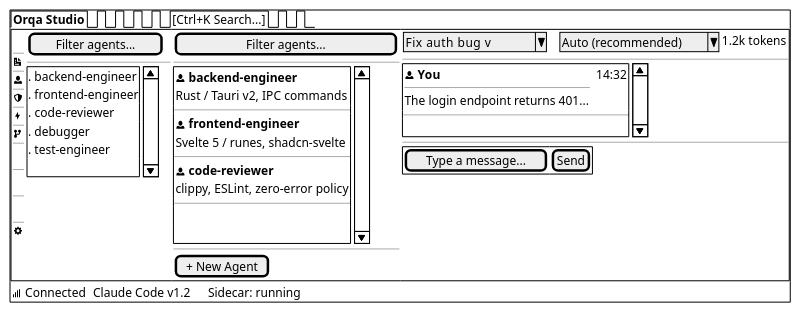
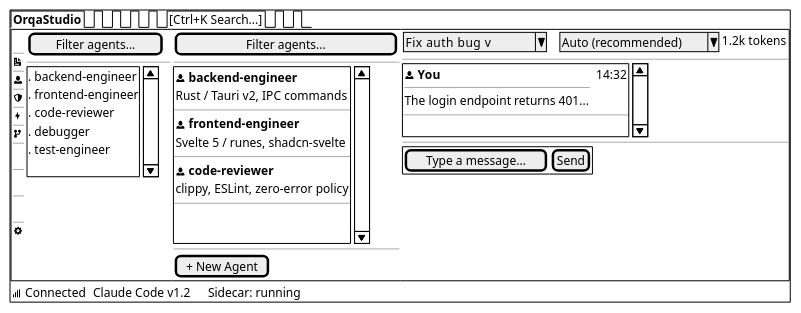
Before and after one commit to orqastudio/app: the third of 4 diagrams in docs/wireframes/core-layout.md, drawn with PlantUML. The commit also changed other lines of this file and 177 other files, not shown here.

````diff
--- a/docs/wireframes/core-layout.md
+++ b/docs/wireframes/core-layout.md
@@ -243,80 +243,80 @@
 ```plantuml
 @startsalt
 {+
-  {/ <b>Orqa Studio</b> | . | . | . | . | [Ctrl+K Search...] | . | . }
+  {/ <b>OrqaStudio</b> | . | . | . | . | [Ctrl+K Search...] | . | . }
   {+
     {
       <&grid>
       ---
       <&document>
       ---
       **<&person>**
       ---
       <&shield>
       ---
       <&bolt>
       ---
       <&fork>
       ---
       .
       ---
       .
       ---
       .
       ---
       <&cog>
     } | {
       [Filter agents...]
       ---
       {SI
         . backend-engineer
         . frontend-engineer
         . code-reviewer
         . debugger
         . test-engineer
         .
       }
     } | {
       [Filter agents...           ]
       ---
       {SI
         {
           <&person> <b>backend-engineer</b>
           Rust / Tauri v2, IPC commands
         }
         ---
         {
           <&person> <b>frontend-engineer</b>
           Svelte 5 / runes, shadcn-svelte
         }
         ---
         {
           <&person> <b>code-reviewer</b>
           clippy, ESLint, zero-error policy
         }
         ---
         .
         .
       }
       ---
       [+ New Agent]
     } | {
       { ^Fix auth bug   v^ | . | . | ^Auto (recommended)^ | 1.2k tokens }
       ---
       {SI
         {
           <&person> <b>You</b> | . | 14:32
           ---
           The login endpoint returns 401...
         }
         ---
         .
       }
       ---
       {+ [Type a message...] | [Send] }
     }
   }
   { <&signal> Connected | . | Claude Code v1.2 | . | . | . | Sidecar: running }
 }
 @endsalt
 ```
````
